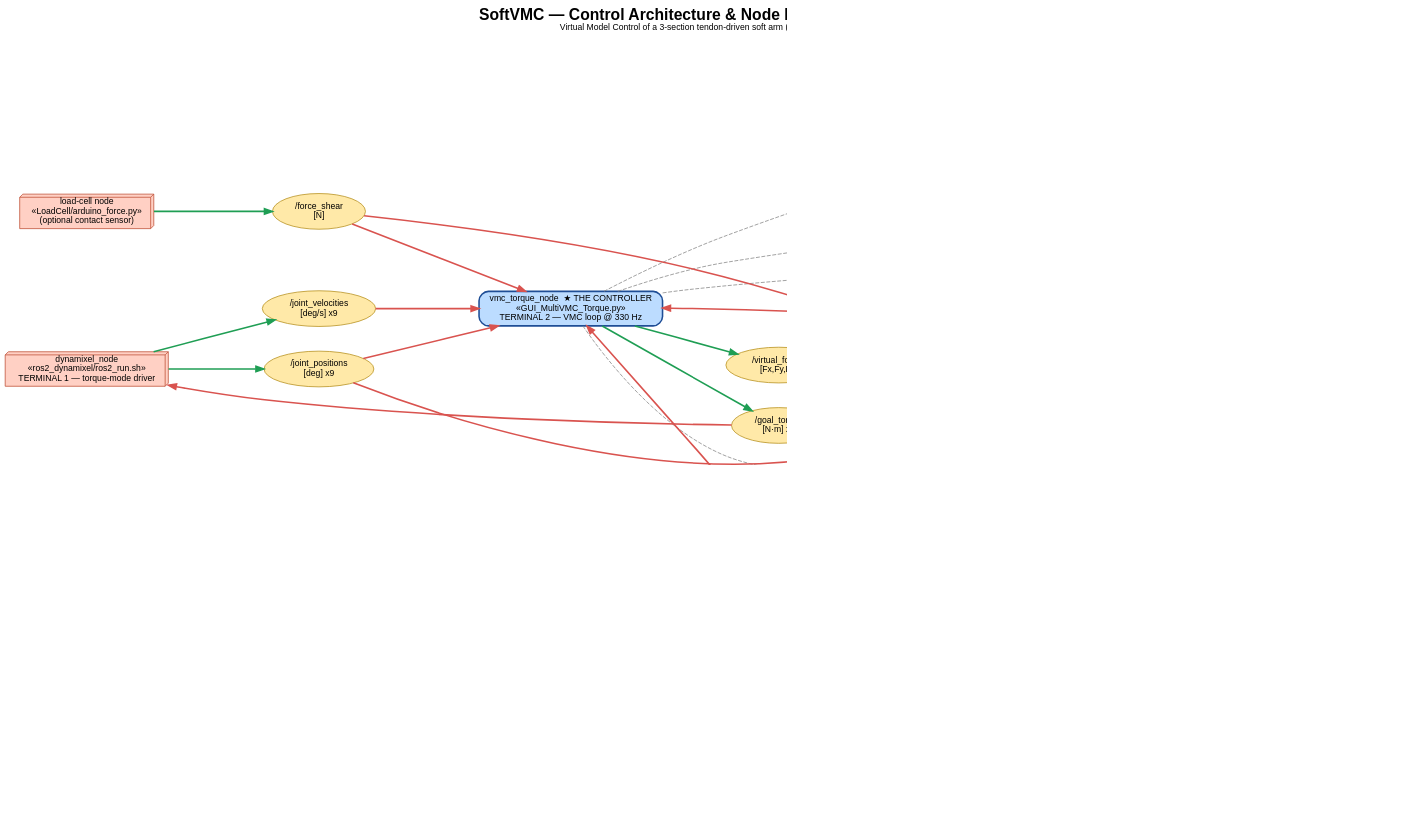
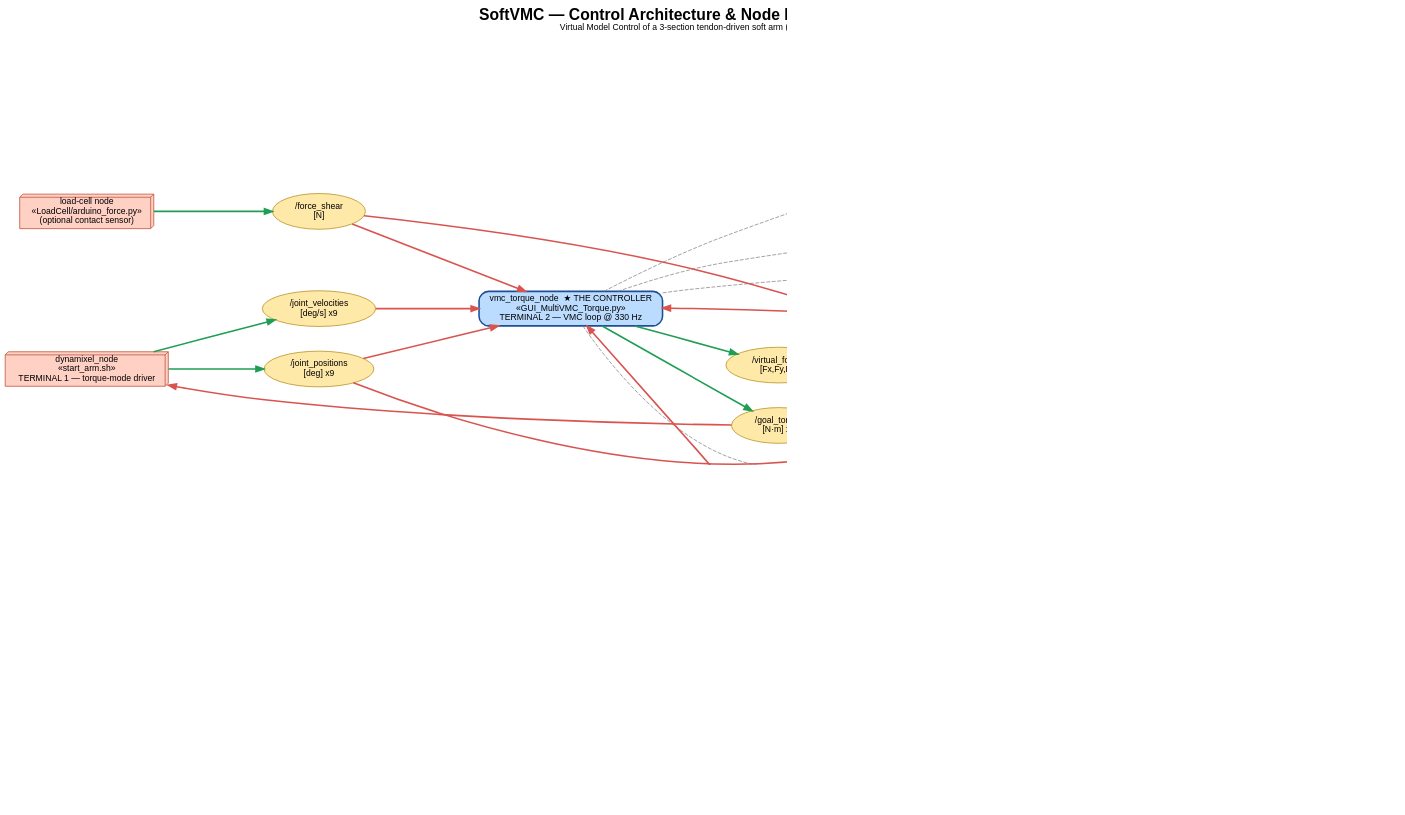
One commit to CREATE-Lab-EPFL/SoftVMC changed the diagram in VMC/ros2_node_graphs/control_architecture.dot. Above: the diagram before and after it, drawn with Graphviz. The commit also changed 2 other files, not shown here.

```diff
--- a/VMC/ros2_node_graphs/control_architecture.dot
+++ b/VMC/ros2_node_graphs/control_architecture.dot
@@ -1,105 +1,105 @@
 digraph SoftVMC_Control {
     rankdir=LR;
     fontname="Helvetica";
     labelloc="t";
     fontsize=20;
     dpi=130;
     nodesep=0.45;
     ranksep=1.1;
     splines=true;
     label=<<B>SoftVMC — Control Architecture &amp; Node Interactions</B><BR/><FONT POINT-SIZE="11">Virtual Model Control of a 3-section tendon-driven soft arm (9 motors)</FONT>>;
     node [fontname="Helvetica", fontsize=11];
     edge [fontname="Helvetica", fontsize=9];
 
     /* ============================ LEGEND ============================ */
     subgraph cluster_legend {
         label="LEGEND";
         style="rounded,filled"; fillcolor="#fbfbfb"; color="#cccccc"; fontsize=12;
         L_node  [label="ROS 2 node\n(a running process)",          shape=box, style="rounded,filled", fillcolor="#cfe6ff", color="#3a78c2"];
         L_topic [label="/ros_topic\n(message channel)",            shape=ellipse, style="filled", fillcolor="#ffe9a8", color="#b8911f"];
         L_hw    [label="Hardware / sensor",                        shape=box3d, style="filled", fillcolor="#ffd0c4", color="#c0533a"];
         L_lib   [label="Helper module\n(imported, not a node)",    shape=note, style="filled", fillcolor="#e6e6e6", color="#888888"];
         L_pub   [label="publishes", shape=plaintext];
         L_sub   [label="subscribes", shape=plaintext];
         L_use   [label="imports / uses", shape=plaintext];
         L_pub -> L_sub [label="PUBLISH",   color="#1f9e54", penwidth=2, fontcolor="#1f9e54"];
         L_sub -> L_use [label="SUBSCRIBE", color="#d9534f", penwidth=2, fontcolor="#d9534f"];
         L_node -> L_lib [label="USES", color="#888888", style=dashed];
     }
 
     /* ============================ NODES (processes) ============================ */
     node [shape=box, style="rounded,filled", fillcolor="#cfe6ff", color="#3a78c2"];
 
-    HW   [label="dynamixel_node\n«ros2_dynamixel/ros2_run.sh»\nTERMINAL 1 — torque-mode driver", shape=box3d, fillcolor="#ffd0c4", color="#c0533a"];
+    HW   [label="dynamixel_node\n«start_arm.sh»\nTERMINAL 1 — torque-mode driver", shape=box3d, fillcolor="#ffd0c4", color="#c0533a"];
     LC   [label="load-cell node\n«LoadCell/arduino_force.py»\n(optional contact sensor)", shape=box3d, fillcolor="#ffd0c4", color="#c0533a"];
 
     VMC  [label="vmc_torque_node  ★ THE CONTROLLER\n«GUI_MultiVMC_Torque.py»\nTERMINAL 2 — VMC loop @ 330 Hz", fillcolor="#bcdcff", color="#1f4e96", penwidth=2];
     GUI  [label="robot_gui_node\n«GUI_MultiVMC.py»\nTERMINAL 3 — operator GUI (drag goals, tune k/c, live plots)"];
     MGP  [label="goal_pos_multi_publisher\n«MultiVMC_MovingGoal_Pub.py»\nautomated moving reference"];
-    EXP  [label="experiment scripts\n«VMC_test_k.py, Sequential_jump_tests.py, …»\nscripted references for the plots/ studies"];
+    EXP  [label="experiment scripts\n«VMC_test_k.py, Sequential_jump_tests.py, …»\nscripted references for the outputs/ studies"];
 
     /* ============================ TOPICS ============================ */
     node [shape=ellipse, style="filled", fillcolor="#ffe9a8", color="#b8911f"];
 
     T_param  [label="/VC_Param\n[k1..kN, c1..cN]"];
     T_ref    [label="/VC_ref_pos\n[x,y,z per component]"];
     T_jpos   [label="/joint_positions\n[deg] x9"];
     T_jvel   [label="/joint_velocities\n[deg/s] x9"];
     T_tau    [label="/goal_torque\n[N·m] x9"];
     T_force  [label="/force_shear\n[N]"];
     T_vforce [label="/virtual_forces\n[Fx,Fy,Fz]"];
 
     /* ============================ HELPER LIBRARIES (other) ============================ */
     node [shape=note, style="filled", fillcolor="#e6e6e6", color="#888888"];
 
     CFG   [label="GUI_MultiVMC_Config.py\nshared config: components, goals,\ngains, tau_limit, control params"];
     TASK  [label="MultiVMCTaskSpace.py\nVMC_Multi_Modular / VirtualComponent\nF_virtual → τ = Jᵀ·F"];
     MODELS[label="VMC_utils/VirtualModels.py\nspring & damper models\n(Linear / Tanh / Gaussian / Constrained)"];
     JAC   [label="JacobiansMulti.py\nsymbolic J = ∂pose/∂q_motor  (per s)\nused for Jᵀ mapping & grav-comp"];
     FK    [label="FK_Multi.py\nforward kinematics  q_motor → pose(s)\n(actual Cartesian positions)"];
     GRAV  [label="MultiGravityComp.py\ngravity-compensation torque\n(uses Jacobians)"];
 
     /* ============================ PUBLISH edges (green) ============================ */
     edge [color="#1f9e54", penwidth=2.0];
     GUI  -> T_param;
     GUI  -> T_ref;
     MGP  -> T_ref;
     EXP  -> T_ref;
     EXP  -> T_param;
     HW   -> T_jpos;
     HW   -> T_jvel;
     VMC  -> T_tau;
     VMC  -> T_vforce;
     LC   -> T_force;
 
     /* ============================ SUBSCRIBE edges (red) ============================ */
     edge [color="#d9534f", penwidth=2.0];
     T_param  -> VMC;
     T_ref    -> VMC;
     T_jpos   -> VMC;
     T_jvel   -> VMC;
     T_force  -> VMC;
     T_tau    -> HW;          /* controller commands the motors */
     /* GUI monitoring subscriptions */
     T_jpos   -> GUI;
     T_tau    -> GUI;
     T_force  -> GUI;
     T_vforce -> GUI;
 
     /* ============================ USES / IMPORTS edges (gray, dashed) ============================ */
     edge [color="#888888", penwidth=1.0, style=dashed, arrowhead=open];
     VMC  -> CFG;
     VMC  -> TASK;
     VMC  -> GRAV;
     VMC  -> FK;
     TASK -> MODELS;
     TASK -> JAC;
     GRAV -> JAC;
     FK   -> JAC;
     GUI  -> CFG;
     GUI  -> FK;
     MGP  -> CFG;
 
     /* keep helper cluster tidy */
     { rank=same; TASK; JAC; FK; GRAV; MODELS; CFG; }
 }
```
